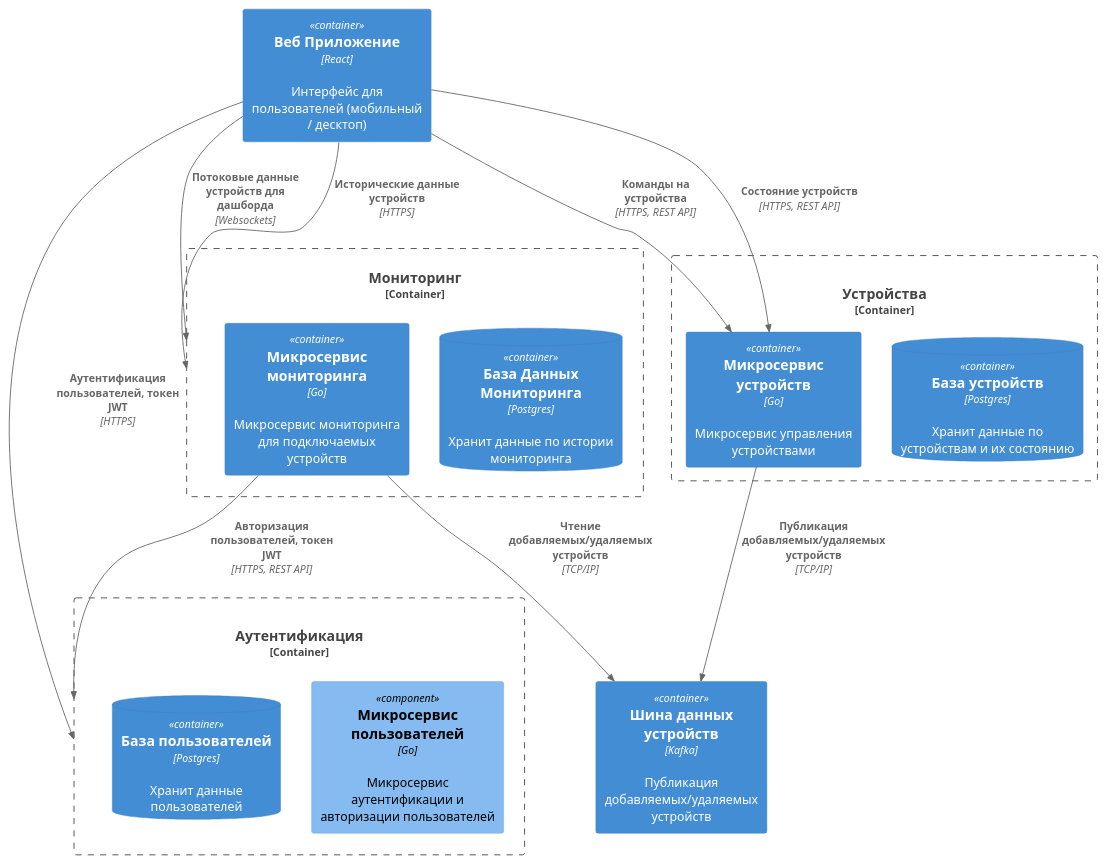
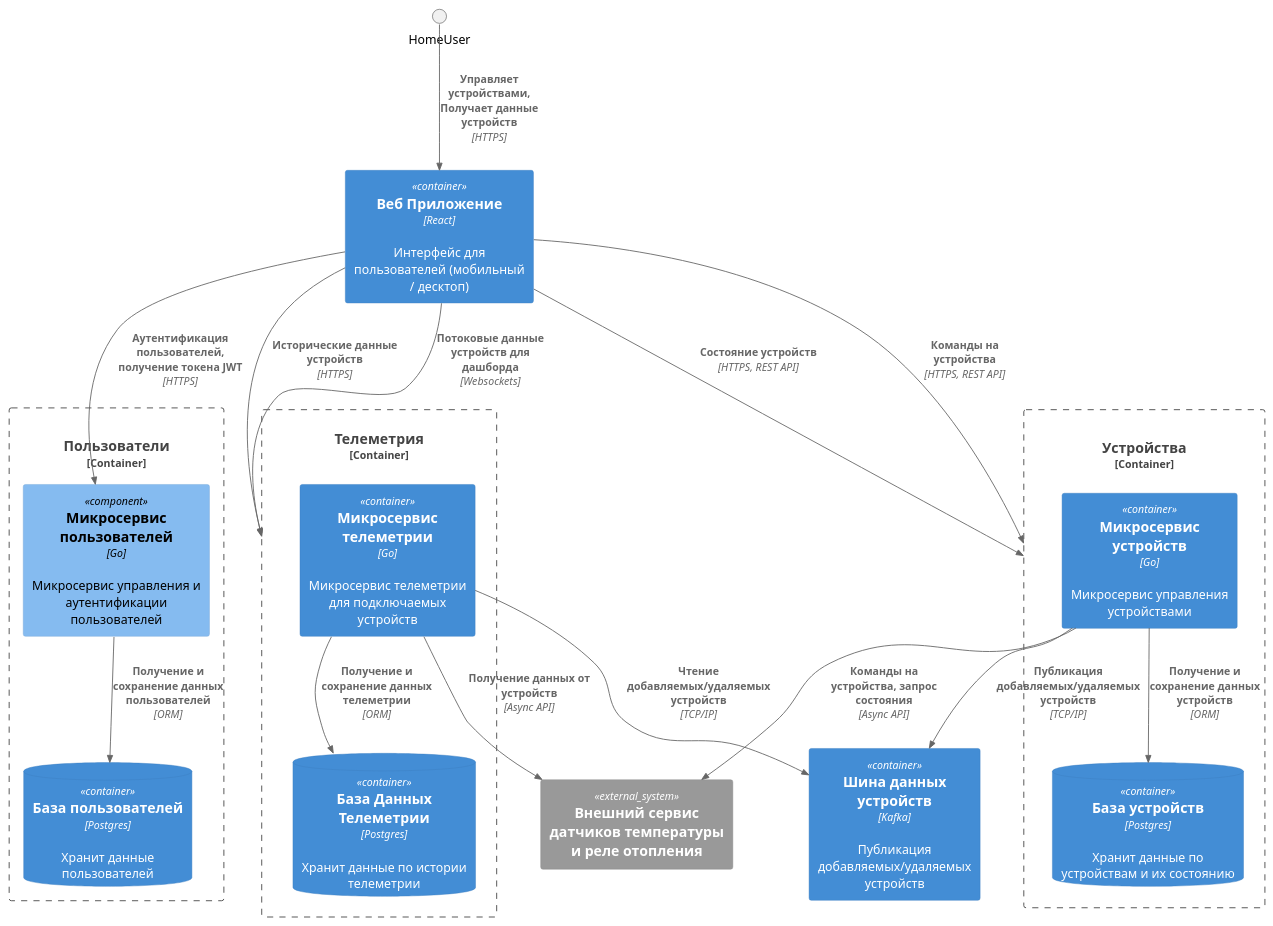
One commit to Alexeus77/Yandex-Practicum-Arch-Go changed the diagram in C4/Microservices.Containers.puml. Above: the diagram before and after it, drawn with PlantUML. The commit also changed 3 other files, not shown here.

```diff
--- a/C4/Microservices.Containers.puml
+++ b/C4/Microservices.Containers.puml
@@ -1,27 +1,34 @@
 @startuml
 !include ./includes/C4_Container.puml
 !include ./includes/C4_Component.puml
 Container(HeatingWebApp, "Веб Приложение", "React", "Интерфейс для пользователей (мобильный / десктоп)")
-Container_Boundary(UserAuth, "Аутентификация", "Аутентификация пользователей") {
-        Component(UserAuthService, "Микросервис пользователей", "Go", "Микросервис аутентификации и авторизации пользователей")
+Container_Boundary(User, "Пользователи", "Управление пользователями") {
+        Component(UserService, "Микросервис пользователей", "Go", "Микросервис управления и аутентификации пользователей")
         ContainerDb(UserDatabase, "База пользователей", "Postgres", "Хранит данные пользователей")        
     }
-Container_Boundary(Monitor, "Мониторинг") {
-    ContainerDb(MonitorDatabase, "База Данных Мониторинга", "Postgres", "Хранит данные по истории мониторинга")
-    Container(MonitorService, "Микросервис мониторинга", "Go", "Микросервис мониторинга для подключаемых устройств")
+Container_Boundary(Telemetry, "Телеметрия") {
+    ContainerDb(TelemetryDatabase, "База Данных Телеметрии", "Postgres", "Хранит данные по истории телеметрии")
+    Container(TelemetryService, "Микросервис телеметрии", "Go", "Микросервис телеметрии для подключаемых устройств")
     }
 Container_Boundary(Devices, "Устройства", "Управление устройствами") {
     ContainerDb(DeviceDatabase, "База устройств", "Postgres", "Хранит данные по устройствам и их состоянию")
     Container(DeviceService, "Микросервис устройств", "Go", "Микросервис управления устройствами")
     }
 Container(DeviceBus, "Шина данных устройств", "Kafka", "Публикация добавляемых/удаляемых устройств")
-        
-Rel(HeatingWebApp, Monitor, "Потоковые данные устройств для дашборда", "Websockets")
-Rel(HeatingWebApp, Monitor, "Исторические данные устройств", "HTTPS")
-Rel(HeatingWebApp, UserAuth, "Аутентификация пользователей, токен JWT", "HTTPS")
-Rel(HeatingWebApp, DeviceService, "Команды на устройства", "HTTPS, REST API")
-Rel(HeatingWebApp, DeviceService, "Состояние устройств", "HTTPS, REST API")
-Rel(MonitorService, UserAuth, "Авторизация пользователей, токен JWT", "HTTPS, REST API")
+
+System_Ext(CloudService, "Внешний сервис датчиков температуры и реле отопления", "", "")
+
+Rel(HomeUser, HeatingWebApp, "Управляет устройствами, Получает данные устройств", "HTTPS")
+Rel(HeatingWebApp, UserService, "Аутентификация пользователей, получение токена JWT", "HTTPS")
+Rel(UserService, UserDatabase, "Получение и сохранение данных пользователей", "ORM")        
+Rel(HeatingWebApp, Telemetry, "Потоковые данные устройств для дашборда", "Websockets")
+Rel(HeatingWebApp, Telemetry, "Исторические данные устройств", "HTTPS")
+Rel(HeatingWebApp, Devices, "Команды на устройства", "HTTPS, REST API")
+Rel(HeatingWebApp, Devices, "Состояние устройств", "HTTPS, REST API")
+Rel(TelemetryService, TelemetryDatabase, "Получение и сохранение данных телеметрии", "ORM")
 Rel(DeviceService, DeviceBus, "Публикация добавляемых/удаляемых устройств", "TCP/IP")
-Rel(MonitorService, DeviceBus, "Чтение добавляемых/удаляемых устройств", "TCP/IP")
+Rel(DeviceService, DeviceDatabase, "Получение и сохранение данных устройств", "ORM")
+Rel(TelemetryService, DeviceBus, "Чтение добавляемых/удаляемых устройств", "TCP/IP")
+Rel(TelemetryService, CloudService, "Получение данных от устройств", "Async API")
+Rel(DeviceService, CloudService, "Команды на устройства, запрос состояния", "Async API")
 @enduml
```
